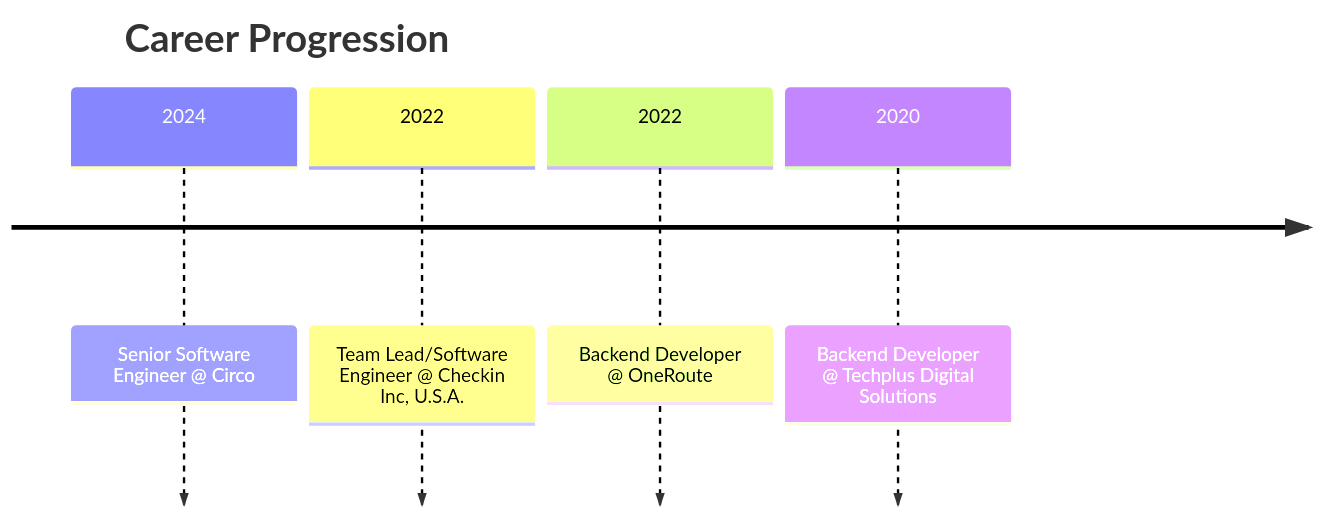
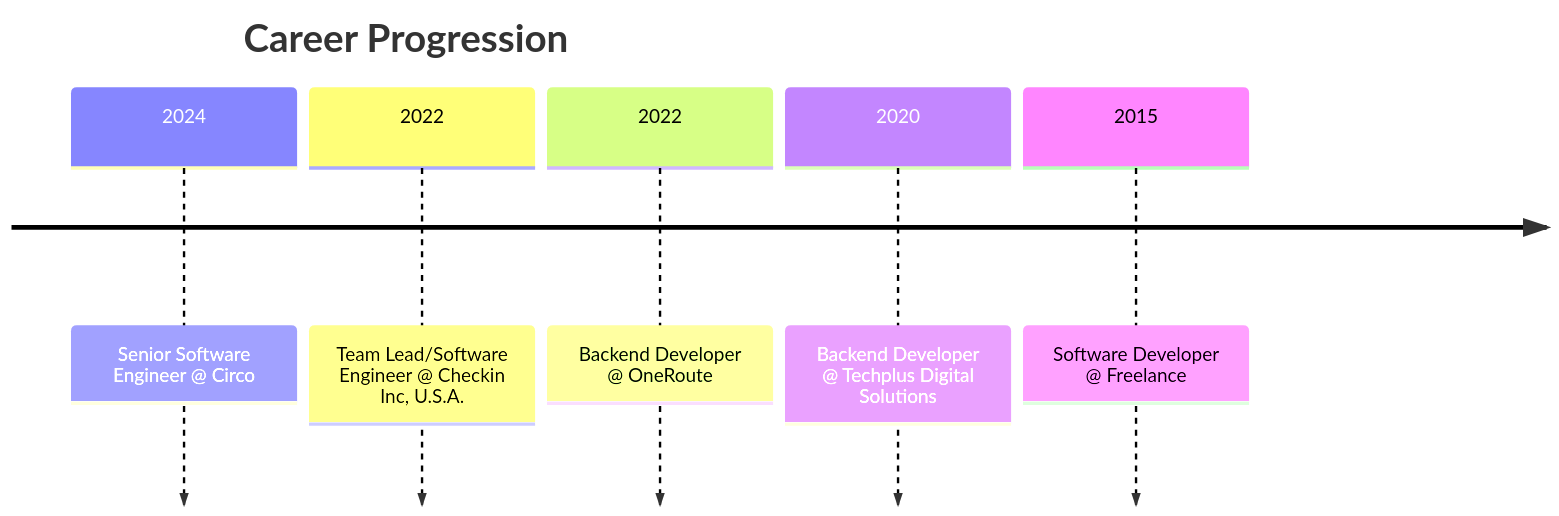
Before and after one commit to devadeboye/devadeboye: the diagram in README.md, drawn with Mermaid. The commit also changed other lines of this file, not shown here.

````diff
--- a/README.md
+++ b/README.md
@@ -128,8 +128,9 @@
 ```mermaid
 timeline
     title Career Progression
     2024 : Senior Software Engineer @ Circo
     2022 : Team Lead/Software Engineer @ Checkin Inc, U.S.A.
     2022 : Backend Developer @ OneRoute
     2020 : Backend Developer @ Techplus Digital Solutions
+    2015 : Software Developer @ Freelance
 ```
````
